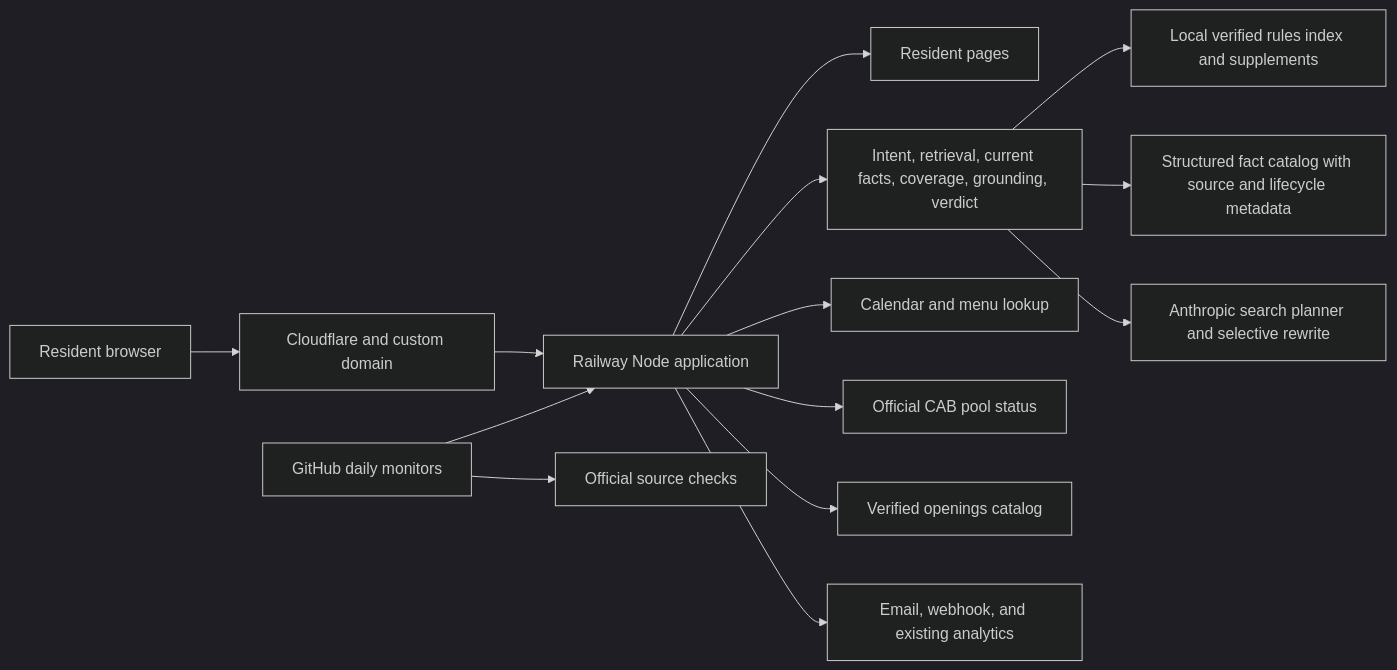
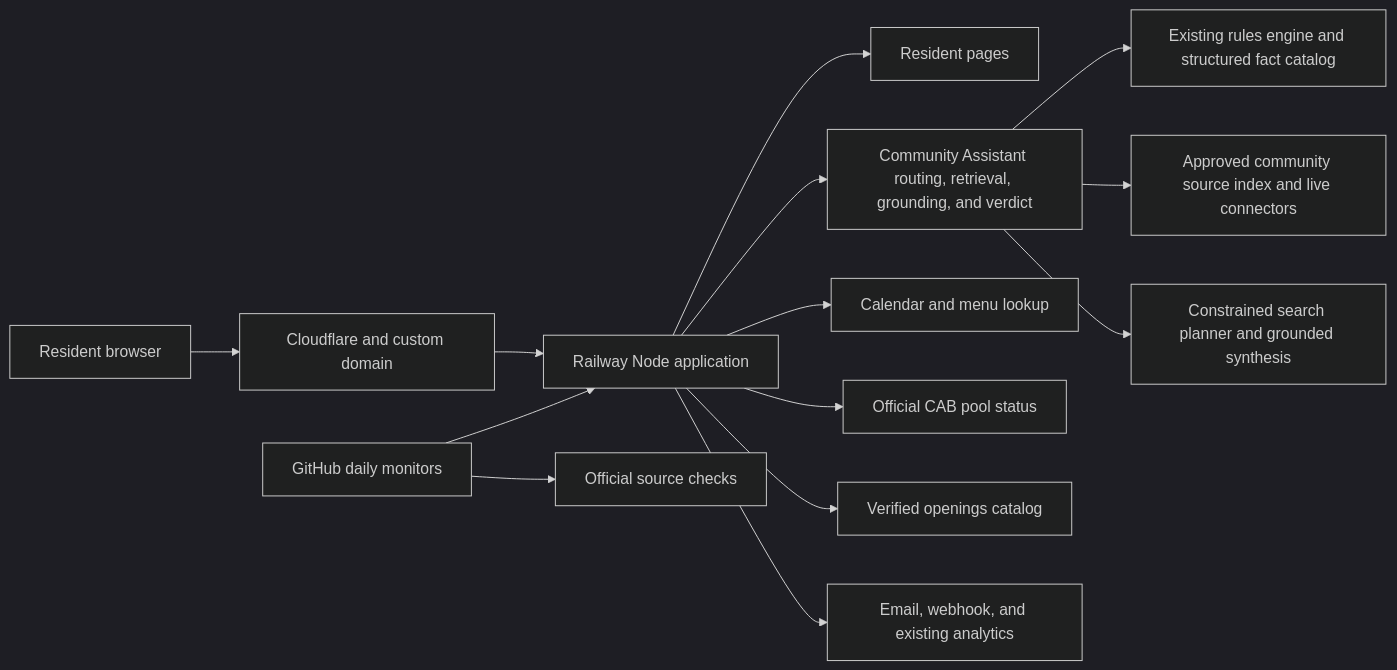
Before and after one commit to mar15sa/sterling-ranch-food-truck-chat: the diagram in docs/ARCHITECTURE.md, drawn with Mermaid (dark theme). The commit also changed other lines of this file and 32 other files, not shown here.

Commit message:
Build grounded multi-source Community Assistant

````diff
--- a/docs/ARCHITECTURE.md
+++ b/docs/ARCHITECTURE.md
@@ -5,16 +5,16 @@
 ```mermaid
 flowchart LR
   Resident[Resident browser] --> Edge[Cloudflare and custom domain]
   Edge --> App[Railway Node application]
   App --> Static[Resident pages]
-  App --> Rules[Intent, retrieval, current facts, coverage, grounding, verdict]
+  App --> Assistant[Community Assistant routing, retrieval, grounding, and verdict]
   App --> Food[Calendar and menu lookup]
   App --> Pool[Official CAB pool status]
   App --> Openings[Verified openings catalog]
-  Rules --> Index[Local verified rules index and supplements]
-  Rules --> Facts[Structured fact catalog with source and lifecycle metadata]
-  Rules --> Claude[Anthropic search planner and selective rewrite]
+  Assistant --> Rules[Existing rules engine and structured fact catalog]
+  Assistant --> Community[Approved community source index and live connectors]
+  Assistant --> Claude[Constrained search planner and grounded synthesis]
   App --> Alerts[Email, webhook, and existing analytics]
   GitHub[GitHub daily monitors] --> App
   GitHub --> Sources[Official source checks]
 ```
````
